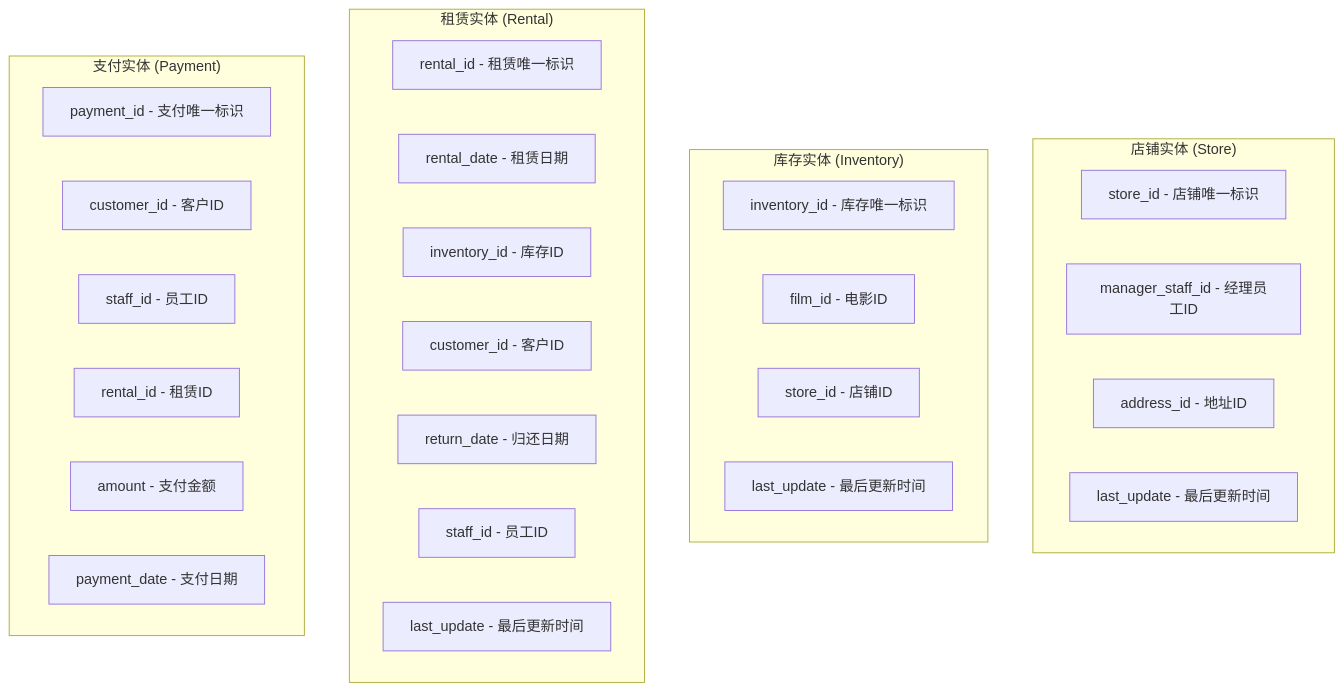
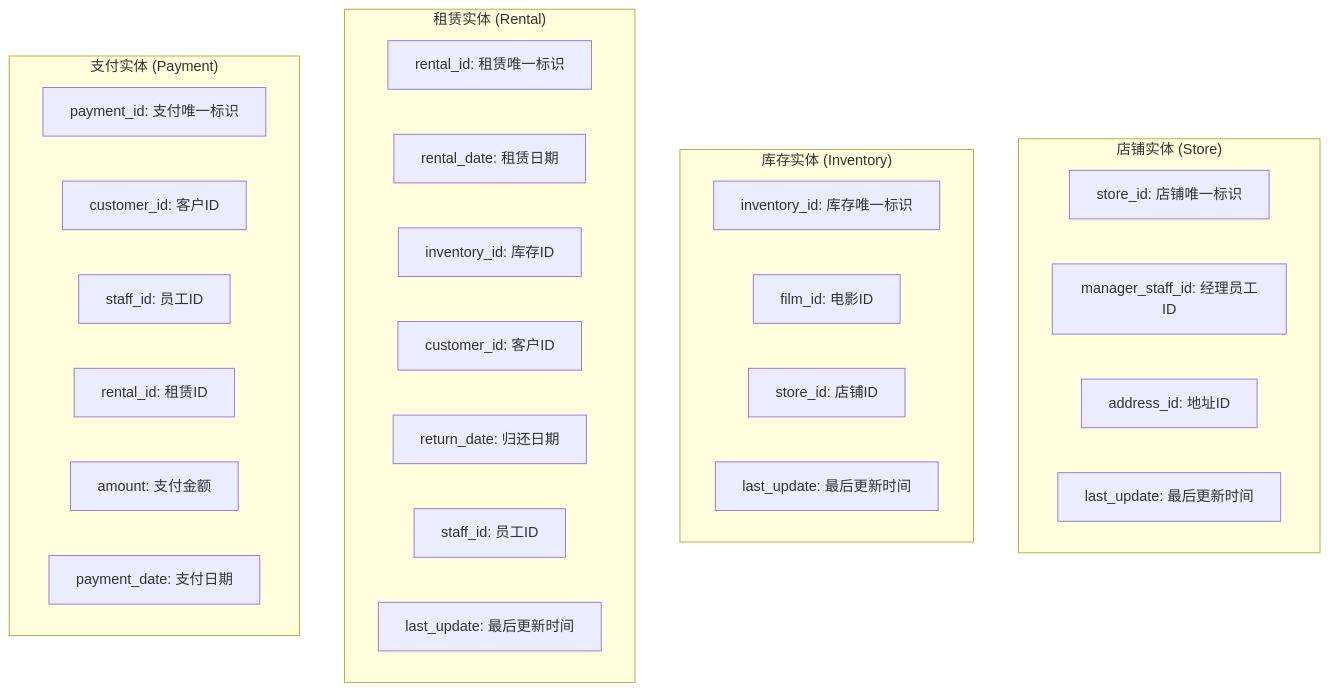
One commit to mercuryhome/dvdrental-guide changed the eighth of 43 diagrams in DVD租赁数据库设计过程.md. Above: the diagram before and after it, drawn with Mermaid. The commit also changed other lines of this file, not shown here.

````diff
--- a/DVD租赁数据库设计过程.md
+++ b/DVD租赁数据库设计过程.md
@@ -247,35 +247,35 @@
 ```mermaid
 graph TB
     subgraph "店铺实体 (Store)"
-        ST1[store_id - 店铺唯一标识]
-        ST2[manager_staff_id - 经理员工ID]
-        ST3[address_id - 地址ID]
-        ST4[last_update - 最后更新时间]
+        ST1["store_id: 店铺唯一标识"]
+        ST2["manager_staff_id: 经理员工ID"]
+        ST3["address_id: 地址ID"]
+        ST4["last_update: 最后更新时间"]
     end
     
     subgraph "库存实体 (Inventory)"
-        I1[inventory_id - 库存唯一标识]
-        I2[film_id - 电影ID]
-        I3[store_id - 店铺ID]
-        I4[last_update - 最后更新时间]
+        I1["inventory_id: 库存唯一标识"]
+        I2["film_id: 电影ID"]
+        I3["store_id: 店铺ID"]
+        I4["last_update: 最后更新时间"]
     end
     
     subgraph "租赁实体 (Rental)"
-        R1[rental_id - 租赁唯一标识]
-        R2[rental_date - 租赁日期]
-        R3[inventory_id - 库存ID]
-        R4[customer_id - 客户ID]
-        R5[return_date - 归还日期]
-        R6[staff_id - 员工ID]
-        R7[last_update - 最后更新时间]
+        R1["rental_id: 租赁唯一标识"]
+        R2["rental_date: 租赁日期"]
+        R3["inventory_id: 库存ID"]
+        R4["customer_id: 客户ID"]
+        R5["return_date: 归还日期"]
+        R6["staff_id: 员工ID"]
+        R7["last_update: 最后更新时间"]
     end
     
     subgraph "支付实体 (Payment)"
-        P1[payment_id - 支付唯一标识]
-        P2[customer_id - 客户ID]
-        P3[staff_id - 员工ID]
-        P4[rental_id - 租赁ID]
-        P5[amount - 支付金额]
-        P6[payment_date - 支付日期]
+        P1["payment_id: 支付唯一标识"]
+        P2["customer_id: 客户ID"]
+        P3["staff_id: 员工ID"]
+        P4["rental_id: 租赁ID"]
+        P5["amount: 支付金额"]
+        P6["payment_date: 支付日期"]
     end
 ```
````
